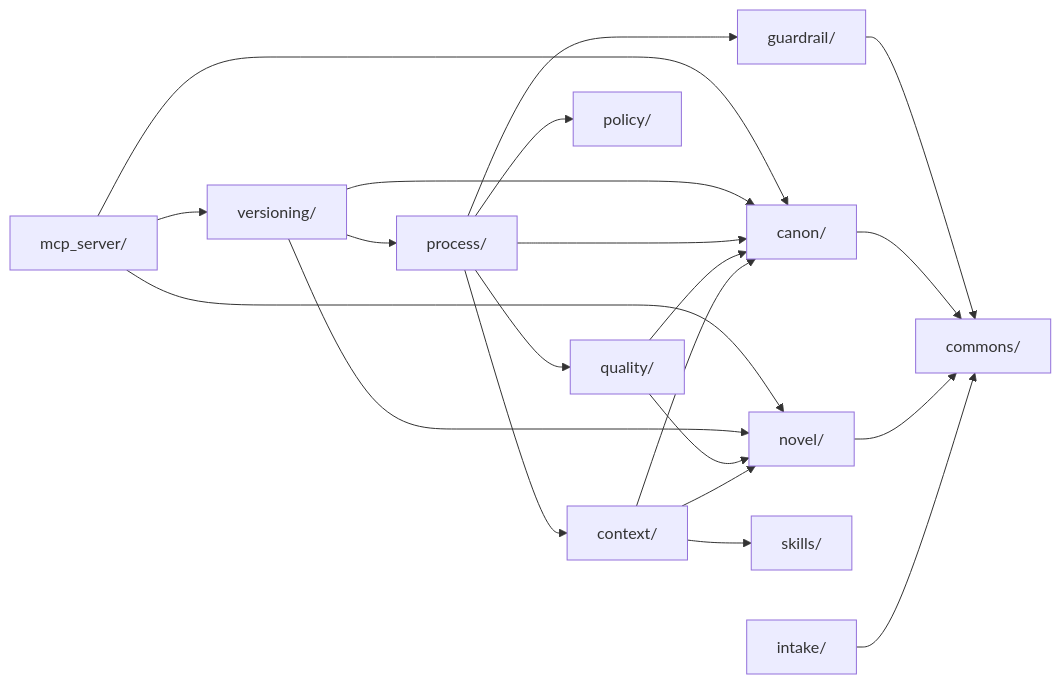
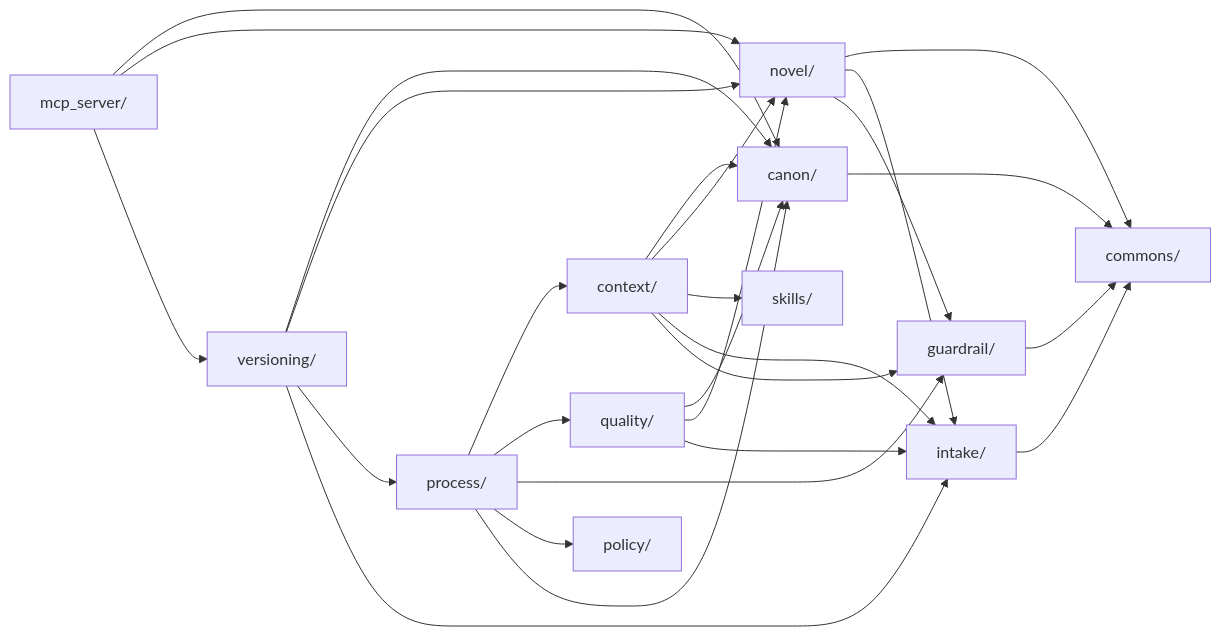
One commit to BrunoCrz3/MyStory changed the second of 10 diagrams in docs/architecture.md. Above: the diagram before and after it, drawn with Mermaid. The commit also changed other lines of this file and 7 other files, not shown here.

````diff
--- a/docs/architecture.md
+++ b/docs/architecture.md
@@ -168,23 +171,29 @@
 ```mermaid
 flowchart LR
   INT[intake/] --> CMN[commons/]
   NOV[novel/] --> CMN
   CAN[canon/] --> CMN
   CTX[context/] --> CAN
   CTX --> NOV
   CTX --> SKL[skills/]
   QUA[quality/] --> CAN
   QUA --> NOV
   GRD[guardrail/] --> CMN
   PRO[process/] --> CTX
   PRO --> QUA
   PRO --> GRD
   PRO --> POL[policy/]
   PRO --> CAN
   VER[versioning/] --> CAN
   VER --> NOV
   VER --> PRO
   MCP[mcp_server/] --> CAN
   MCP --> NOV
   MCP --> VER
+  NOV --> INT
+  NOV --> GRD
+  CTX --> INT
+  CTX --> GRD
+  QUA --> INT
+  VER --> INT
 ```
````
